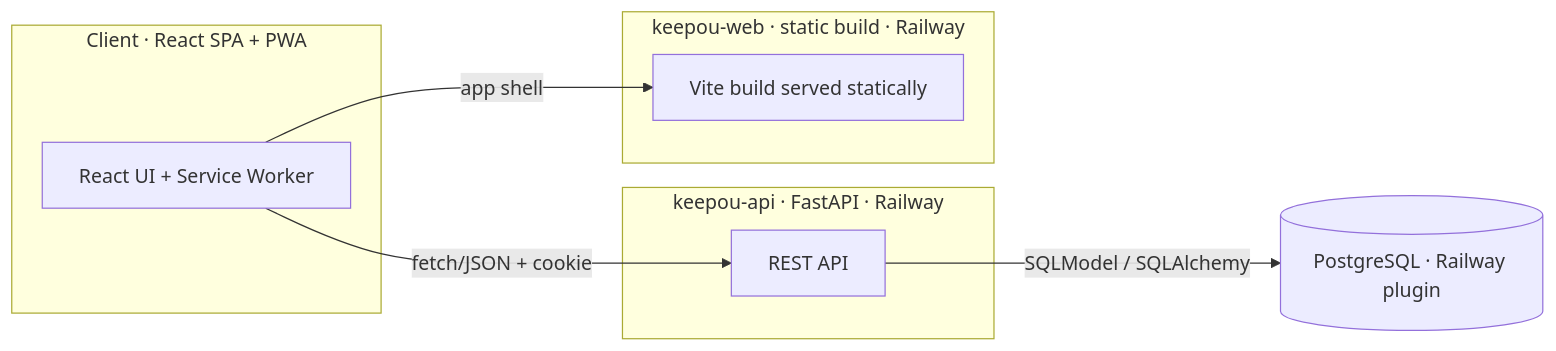
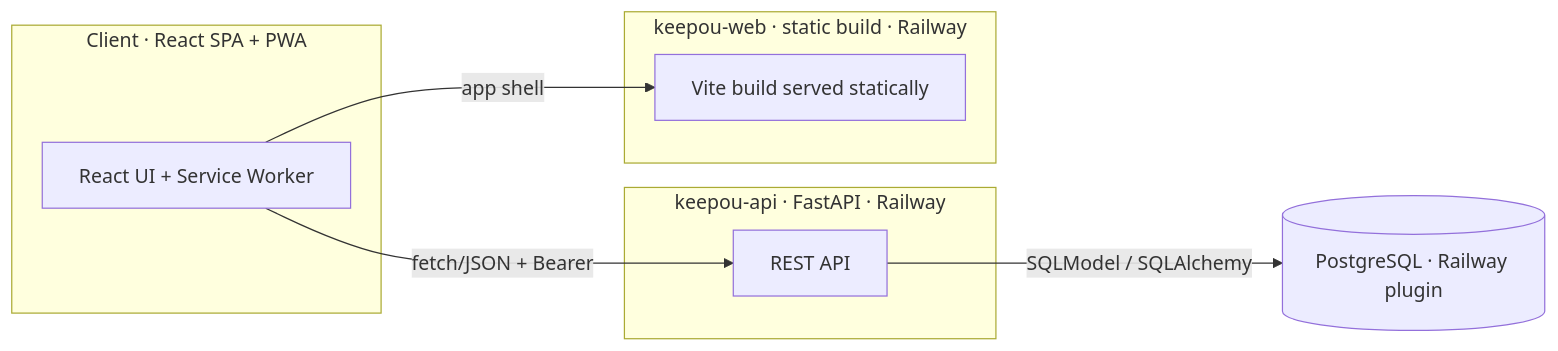
The first of 4 diagrams in docs/ARCHITECTURE.md (OuApps/Keepou), drawn with Mermaid before and after one commit. The commit also changed other lines of this file and 7 other files, not shown here.

````diff
--- a/docs/ARCHITECTURE.md
+++ b/docs/ARCHITECTURE.md
@@ -18,17 +18,17 @@
 ```mermaid
 flowchart LR
     subgraph Client [Client · React SPA + PWA]
         UI[React UI + Service Worker]
     end
     subgraph Api [keepou-api · FastAPI · Railway]
         API[REST API]
     end
     subgraph Web [keepou-web · static build · Railway]
         ST[Vite build served statically]
     end
     DB[(PostgreSQL · Railway plugin)]
 
     UI -- app shell --> ST
-    UI -- fetch/JSON + cookie --> API
+    UI -- fetch/JSON + Bearer --> API
     API -- SQLModel / SQLAlchemy --> DB
 ```
````
